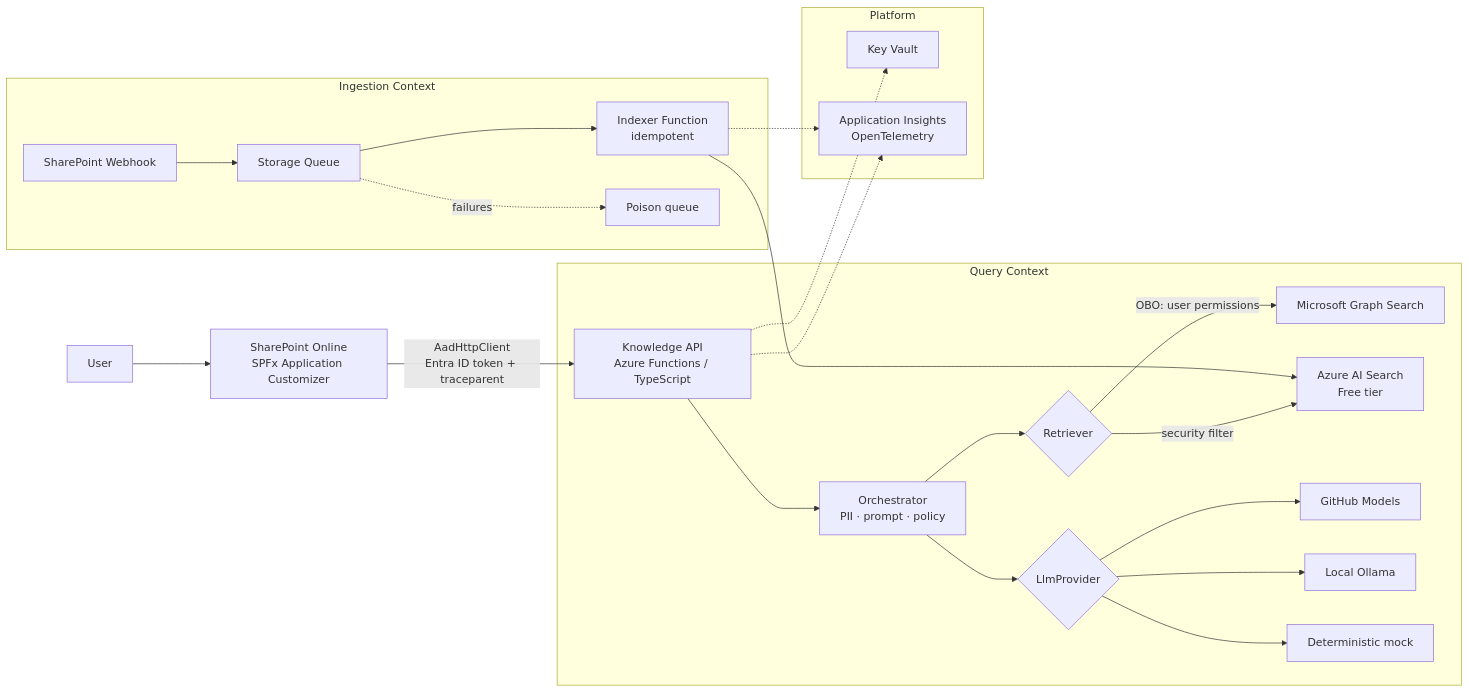
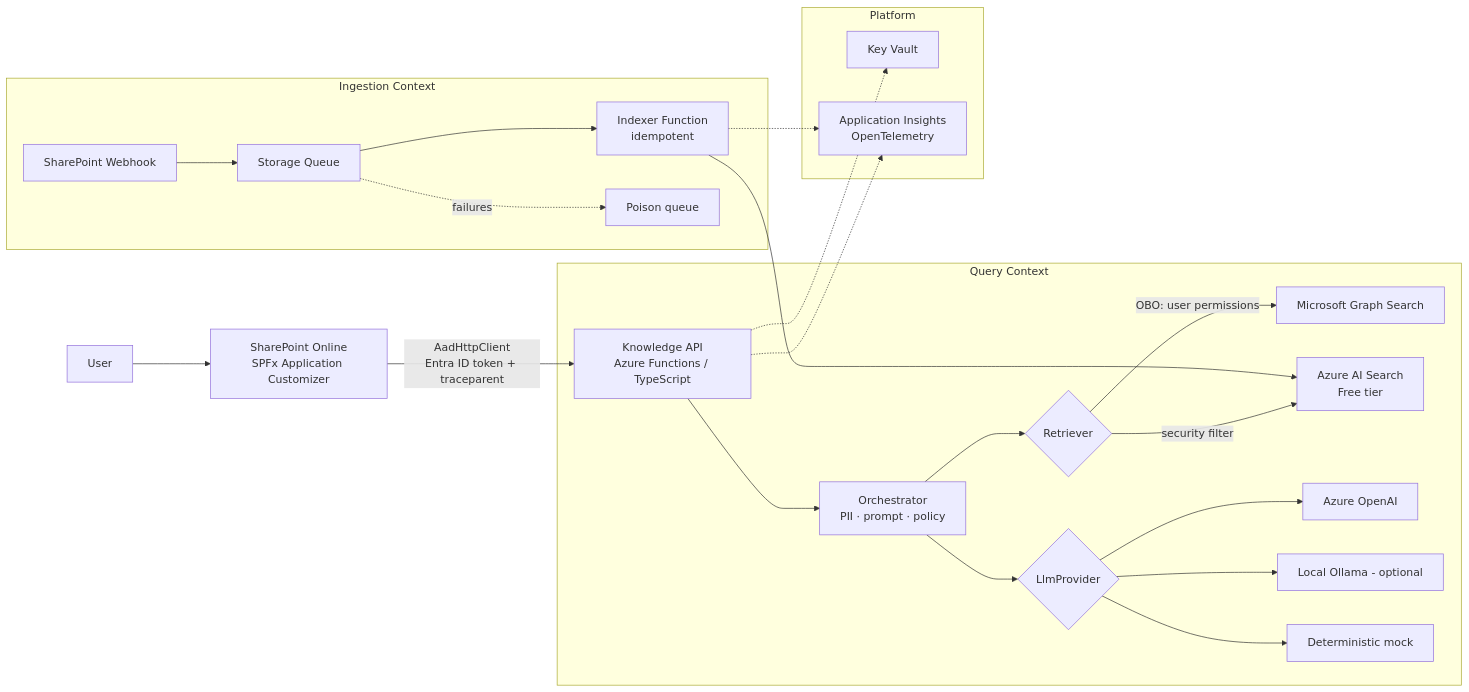
One commit to noletorodolfo/context-aware-enterprise-knowledge changed the first of 2 diagrams in docs/PLAN.md. Above: the diagram before and after it, drawn with Mermaid. The commit also changed other lines of this file and 2 other files, not shown here.

````diff
--- a/docs/PLAN.md
+++ b/docs/PLAN.md
@@ -65,32 +65,32 @@
 ```mermaid
 flowchart LR
     U[User] --> SP[SharePoint Online<br/>SPFx Application Customizer]
     SP -- "AadHttpClient<br/>Entra ID token + traceparent" --> API[Knowledge API<br/>Azure Functions / TypeScript]
 
     subgraph Query Context
         API --> ORC[Orchestrator<br/>PII · prompt · policy]
         ORC --> RET{Retriever}
         RET -- "OBO: user permissions" --> GS[Microsoft Graph Search]
         RET -- "security filter" --> AIS[Azure AI Search<br/>Free tier]
         ORC --> LLM{LlmProvider}
-        LLM --> GHM[GitHub Models]
-        LLM --> OLL[Local Ollama]
+        LLM --> AOAI[Azure OpenAI]
+        LLM --> OLL[Local Ollama - optional]
         LLM --> MOCK[Deterministic mock]
     end
 
     subgraph Ingestion Context
         WH[SharePoint Webhook] --> Q[Storage Queue]
         Q --> IDX[Indexer Function<br/>idempotent]
         IDX --> AIS
         Q -. failures .-> DLQ[Poison queue]
     end
 
     subgraph Platform
         KV[Key Vault]
         AI[Application Insights<br/>OpenTelemetry]
     end
 
     API -.-> AI
     IDX -.-> AI
     API -.-> KV
 ```
````
